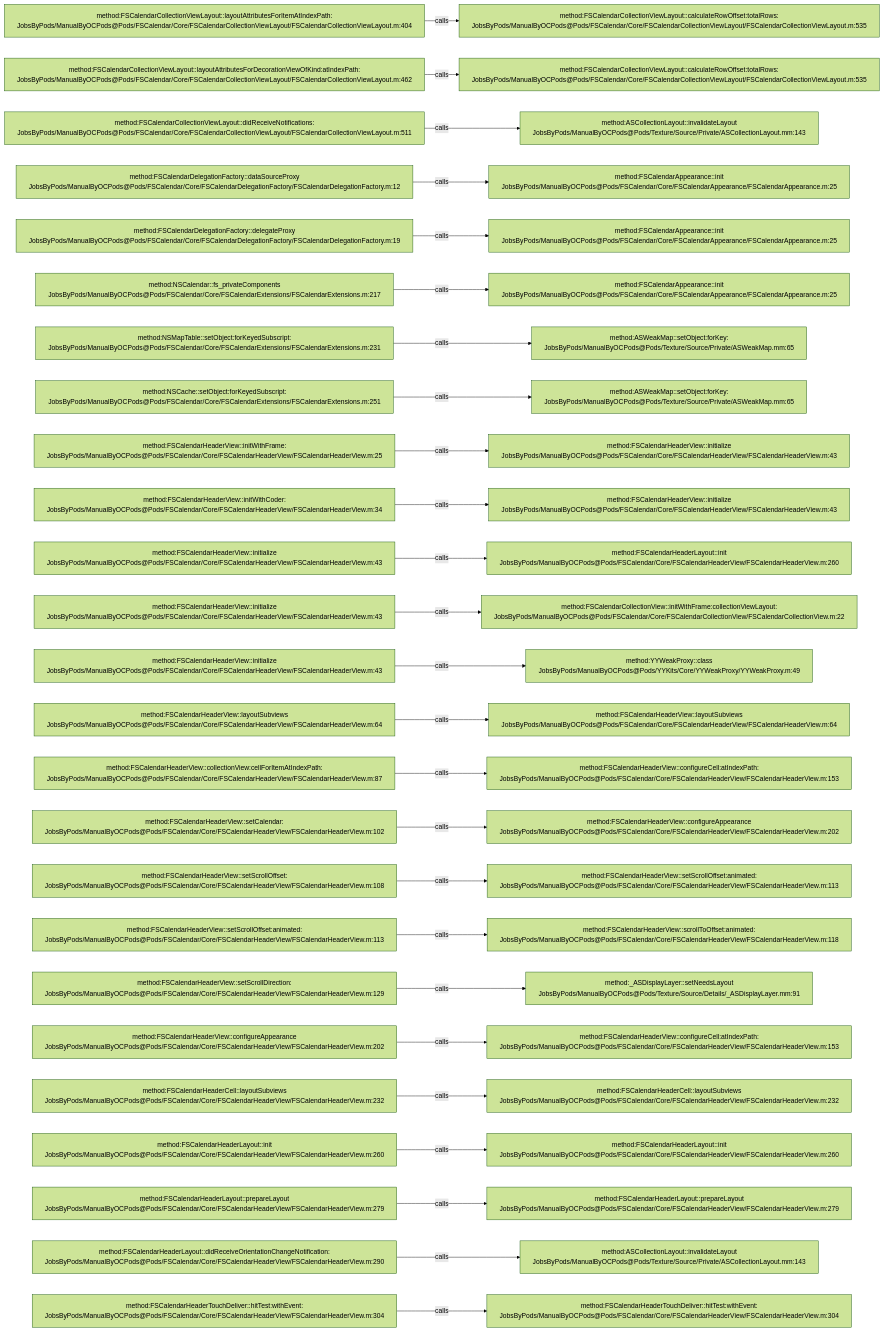
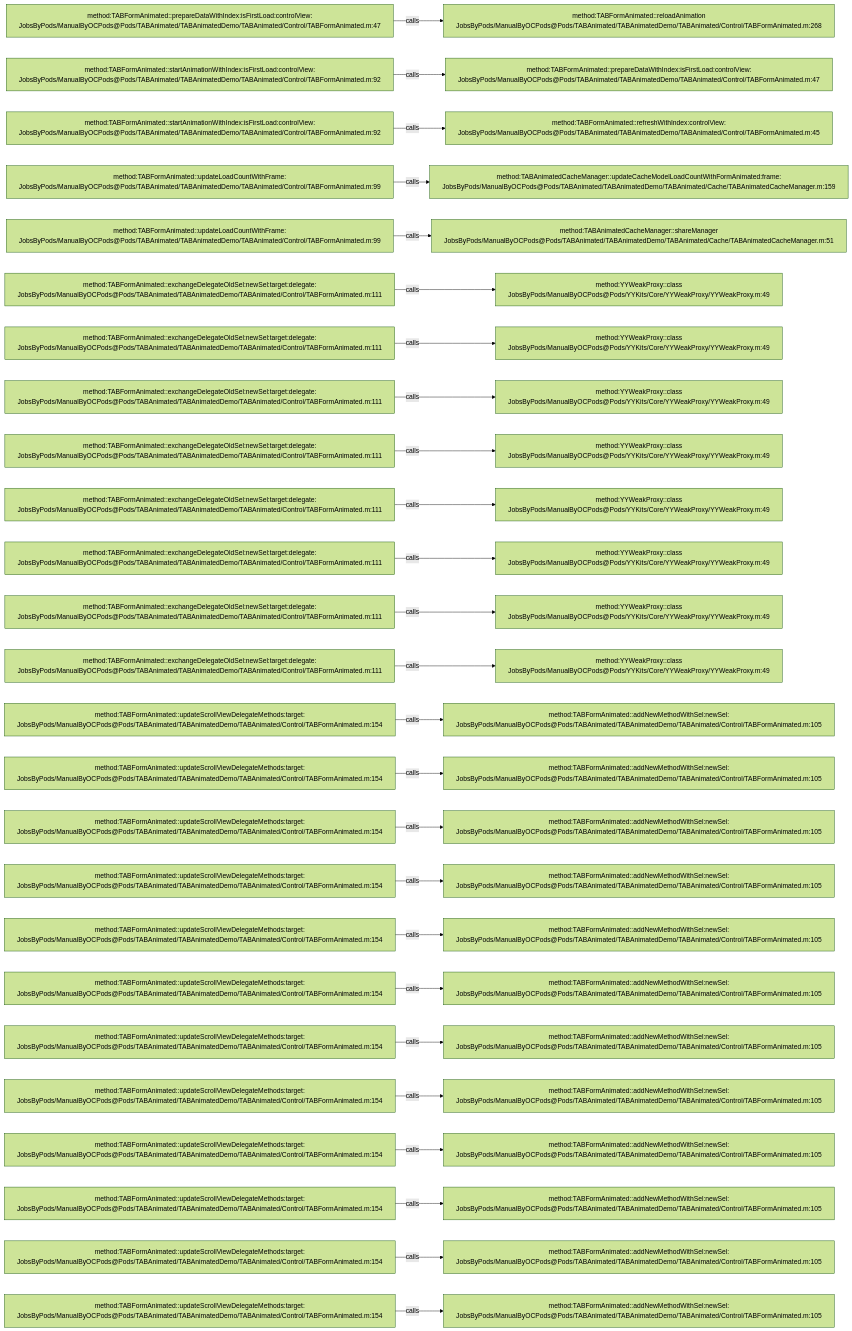
The diagram in .codegraph/codegraph.md/graphs/calls-026.md (JobsKits/JobsOCBaseConfigDemo), drawn with Mermaid (forest theme) before and after one commit. The commit also changed 1223 other files, not shown here.

````diff
--- a/.codegraph/codegraph.md/graphs/calls-026.md
+++ b/.codegraph/codegraph.md/graphs/calls-026.md
@@ -13,78 +13,78 @@
 ```mermaid
 flowchart LR
-  S1["method:FSCalendarCollectionViewLayout::layoutAttributesForItemAtIndexPath:<br/>JobsByPods/ManualByOCPods@Pods/FSCalendar/Core/FSCalendarCollectionViewLayout/FSCalendarCollectionViewLayout.m:404"]
-  T1["method:FSCalendarCollectionViewLayout::calculateRowOffset:totalRows:<br/>JobsByPods/ManualByOCPods@Pods/FSCalendar/Core/FSCalendarCollectionViewLayout/FSCalendarCollectionViewLayout.m:535"]
+  S1["method:TABFormAnimated::prepareDataWithIndex:isFirstLoad:controlView:<br/>JobsByPods/ManualByOCPods@Pods/TABAnimated/TABAnimatedDemo/TABAnimated/Control/TABFormAnimated.m:47"]
+  T1["method:TABFormAnimated::reloadAnimation<br/>JobsByPods/ManualByOCPods@Pods/TABAnimated/TABAnimatedDemo/TABAnimated/Control/TABFormAnimated.m:268"]
   S1 -->|calls| T1
-  S2["method:FSCalendarCollectionViewLayout::layoutAttributesForDecorationViewOfKind:atIndexPath:<br/>JobsByPods/ManualByOCPods@Pods/FSCalendar/Core/FSCalendarCollectionViewLayout/FSCalendarCollectionViewLayout.m:462"]
-  T2["method:FSCalendarCollectionViewLayout::calculateRowOffset:totalRows:<br/>JobsByPods/ManualByOCPods@Pods/FSCalendar/Core/FSCalendarCollectionViewLayout/FSCalendarCollectionViewLayout.m:535"]
+  S2["method:TABFormAnimated::startAnimationWithIndex:isFirstLoad:controlView:<br/>JobsByPods/ManualByOCPods@Pods/TABAnimated/TABAnimatedDemo/TABAnimated/Control/TABFormAnimated.m:92"]
+  T2["method:TABFormAnimated::prepareDataWithIndex:isFirstLoad:controlView:<br/>JobsByPods/ManualByOCPods@Pods/TABAnimated/TABAnimatedDemo/TABAnimated/Control/TABFormAnimated.m:47"]
   S2 -->|calls| T2
-  S3["method:FSCalendarCollectionViewLayout::didReceiveNotifications:<br/>JobsByPods/ManualByOCPods@Pods/FSCalendar/Core/FSCalendarCollectionViewLayout/FSCalendarCollectionViewLayout.m:511"]
-  T3["method:ASCollectionLayout::invalidateLayout<br/>JobsByPods/ManualByOCPods@Pods/Texture/Source/Private/ASCollectionLayout.mm:143"]
+  S3["method:TABFormAnimated::startAnimationWithIndex:isFirstLoad:controlView:<br/>JobsByPods/ManualByOCPods@Pods/TABAnimated/TABAnimatedDemo/TABAnimated/Control/TABFormAnimated.m:92"]
+  T3["method:TABFormAnimated::refreshWithIndex:controlView:<br/>JobsByPods/ManualByOCPods@Pods/TABAnimated/TABAnimatedDemo/TABAnimated/Control/TABFormAnimated.m:45"]
   S3 -->|calls| T3
-  S4["method:FSCalendarDelegationFactory::dataSourceProxy<br/>JobsByPods/ManualByOCPods@Pods/FSCalendar/Core/FSCalendarDelegationFactory/FSCalendarDelegationFactory.m:12"]
-  T4["method:FSCalendarAppearance::init<br/>JobsByPods/ManualByOCPods@Pods/FSCalendar/Core/FSCalendarAppearance/FSCalendarAppearance.m:25"]
+  S4["method:TABFormAnimated::updateLoadCountWithFrame:<br/>JobsByPods/ManualByOCPods@Pods/TABAnimated/TABAnimatedDemo/TABAnimated/Control/TABFormAnimated.m:99"]
+  T4["method:TABAnimatedCacheManager::updateCacheModelLoadCountWithFormAnimated:frame:<br/>JobsByPods/ManualByOCPods@Pods/TABAnimated/TABAnimatedDemo/TABAnimated/Cache/TABAnimatedCacheManager.m:159"]
   S4 -->|calls| T4
-  S5["method:FSCalendarDelegationFactory::delegateProxy<br/>JobsByPods/ManualByOCPods@Pods/FSCalendar/Core/FSCalendarDelegationFactory/FSCalendarDelegationFactory.m:19"]
-  T5["method:FSCalendarAppearance::init<br/>JobsByPods/ManualByOCPods@Pods/FSCalendar/Core/FSCalendarAppearance/FSCalendarAppearance.m:25"]
+  S5["method:TABFormAnimated::updateLoadCountWithFrame:<br/>JobsByPods/ManualByOCPods@Pods/TABAnimated/TABAnimatedDemo/TABAnimated/Control/TABFormAnimated.m:99"]
+  T5["method:TABAnimatedCacheManager::shareManager<br/>JobsByPods/ManualByOCPods@Pods/TABAnimated/TABAnimatedDemo/TABAnimated/Cache/TABAnimatedCacheManager.m:51"]
   S5 -->|calls| T5
-  S6["method:NSCalendar::fs_privateComponents<br/>JobsByPods/ManualByOCPods@Pods/FSCalendar/Core/FSCalendarExtensions/FSCalendarExtensions.m:217"]
-  T6["method:FSCalendarAppearance::init<br/>JobsByPods/ManualByOCPods@Pods/FSCalendar/Core/FSCalendarAppearance/FSCalendarAppearance.m:25"]
+  S6["method:TABFormAnimated::exchangeDelegateOldSel:newSel:target:delegate:<br/>JobsByPods/ManualByOCPods@Pods/TABAnimated/TABAnimatedDemo/TABAnimated/Control/TABFormAnimated.m:111"]
+  T6["method:YYWeakProxy::class<br/>JobsByPods/ManualByOCPods@Pods/YYKits/Core/YYWeakProxy/YYWeakProxy.m:49"]
   S6 -->|calls| T6
-  S7["method:NSMapTable::setObject:forKeyedSubscript:<br/>JobsByPods/ManualByOCPods@Pods/FSCalendar/Core/FSCalendarExtensions/FSCalendarExtensions.m:231"]
-  T7["method:ASWeakMap::setObject:forKey:<br/>JobsByPods/ManualByOCPods@Pods/Texture/Source/Private/ASWeakMap.mm:65"]
+  S7["method:TABFormAnimated::exchangeDelegateOldSel:newSel:target:delegate:<br/>JobsByPods/ManualByOCPods@Pods/TABAnimated/TABAnimatedDemo/TABAnimated/Control/TABFormAnimated.m:111"]
+  T7["method:YYWeakProxy::class<br/>JobsByPods/ManualByOCPods@Pods/YYKits/Core/YYWeakProxy/YYWeakProxy.m:49"]
   S7 -->|calls| T7
-  S8["method:NSCache::setObject:forKeyedSubscript:<br/>JobsByPods/ManualByOCPods@Pods/FSCalendar/Core/FSCalendarExtensions/FSCalendarExtensions.m:251"]
-  T8["method:ASWeakMap::setObject:forKey:<br/>JobsByPods/ManualByOCPods@Pods/Texture/Source/Private/ASWeakMap.mm:65"]
+  S8["method:TABFormAnimated::exchangeDelegateOldSel:newSel:target:delegate:<br/>JobsByPods/ManualByOCPods@Pods/TABAnimated/TABAnimatedDemo/TABAnimated/Control/TABFormAnimated.m:111"]
+  T8["method:YYWeakProxy::class<br/>JobsByPods/ManualByOCPods@Pods/YYKits/Core/YYWeakProxy/YYWeakProxy.m:49"]
   S8 -->|calls| T8
-  S9["method:FSCalendarHeaderView::initWithFrame:<br/>JobsByPods/ManualByOCPods@Pods/FSCalendar/Core/FSCalendarHeaderView/FSCalendarHeaderView.m:25"]
-  T9["method:FSCalendarHeaderView::initialize<br/>JobsByPods/ManualByOCPods@Pods/FSCalendar/Core/FSCalendarHeaderView/FSCalendarHeaderView.m:43"]
+  S9["method:TABFormAnimated::exchangeDelegateOldSel:newSel:target:delegate:<br/>JobsByPods/ManualByOCPods@Pods/TABAnimated/TABAnimatedDemo/TABAnimated/Control/TABFormAnimated.m:111"]
+  T9["method:YYWeakProxy::class<br/>JobsByPods/ManualByOCPods@Pods/YYKits/Core/YYWeakProxy/YYWeakProxy.m:49"]
   S9 -->|calls| T9
-  S10["method:FSCalendarHeaderView::initWithCoder:<br/>JobsByPods/ManualByOCPods@Pods/FSCalendar/Core/FSCalendarHeaderView/FSCalendarHeaderView.m:34"]
-  T10["method:FSCalendarHeaderView::initialize<br/>JobsByPods/ManualByOCPods@Pods/FSCalendar/Core/FSCalendarHeaderView/FSCalendarHeaderView.m:43"]
+  S10["method:TABFormAnimated::exchangeDelegateOldSel:newSel:target:delegate:<br/>JobsByPods/ManualByOCPods@Pods/TABAnimated/TABAnimatedDemo/TABAnimated/Control/TABFormAnimated.m:111"]
+  T10["method:YYWeakProxy::class<br/>JobsByPods/ManualByOCPods@Pods/YYKits/Core/YYWeakProxy/YYWeakProxy.m:49"]
   S10 -->|calls| T10
-  S11["method:FSCalendarHeaderView::initialize<br/>JobsByPods/ManualByOCPods@Pods/FSCalendar/Core/FSCalendarHeaderView/FSCalendarHeaderView.m:43"]
-  T11["method:FSCalendarHeaderLayout::init<br/>JobsByPods/ManualByOCPods@Pods/FSCalendar/Core/FSCalendarHeaderView/FSCalendarHeaderView.m:260"]
+  S11["method:TABFormAnimated::exchangeDelegateOldSel:newSel:target:delegate:<br/>JobsByPods/ManualByOCPods@Pods/TABAnimated/TABAnimatedDemo/TABAnimated/Control/TABFormAnimated.m:111"]
+  T11["method:YYWeakProxy::class<br/>JobsByPods/ManualByOCPods@Pods/YYKits/Core/YYWeakProxy/YYWeakProxy.m:49"]
   S11 -->|calls| T11
-  S12["method:FSCalendarHeaderView::initialize<br/>JobsByPods/ManualByOCPods@Pods/FSCalendar/Core/FSCalendarHeaderView/FSCalendarHeaderView.m:43"]
-  T12["method:FSCalendarCollectionView::initWithFrame:collectionViewLayout:<br/>JobsByPods/ManualByOCPods@Pods/FSCalendar/Core/FSCalendarCollectionView/FSCalendarCollectionView.m:22"]
+  S12["method:TABFormAnimated::exchangeDelegateOldSel:newSel:target:delegate:<br/>JobsByPods/ManualByOCPods@Pods/TABAnimated/TABAnimatedDemo/TABAnimated/Control/TABFormAnimated.m:111"]
+  T12["method:YYWeakProxy::class<br/>JobsByPods/ManualByOCPods@Pods/YYKits/Core/YYWeakProxy/YYWeakProxy.m:49"]
   S12 -->|calls| T12
-  S13["method:FSCalendarHeaderView::initialize<br/>JobsByPods/ManualByOCPods@Pods/FSCalendar/Core/FSCalendarHeaderView/FSCalendarHeaderView.m:43"]
+  S13["method:TABFormAnimated::exchangeDelegateOldSel:newSel:target:delegate:<br/>JobsByPods/ManualByOCPods@Pods/TABAnimated/TABAnimatedDemo/TABAnimated/Control/TABFormAnimated.m:111"]
   T13["method:YYWeakProxy::class<br/>JobsByPods/ManualByOCPods@Pods/YYKits/Core/YYWeakProxy/YYWeakProxy.m:49"]
   S13 -->|calls| T13
-  S14["method:FSCalendarHeaderView::layoutSubviews<br/>JobsByPods/ManualByOCPods@Pods/FSCalendar/Core/FSCalendarHeaderView/FSCalendarHeaderView.m:64"]
-  T14["method:FSCalendarHeaderView::layoutSubviews<br/>JobsByPods/ManualByOCPods@Pods/FSCalendar/Core/FSCalendarHeaderView/FSCalendarHeaderView.m:64"]
+  S14["method:TABFormAnimated::updateScrollViewDelegateMethods:target:<br/>JobsByPods/ManualByOCPods@Pods/TABAnimated/TABAnimatedDemo/TABAnimated/Control/TABFormAnimated.m:154"]
+  T14["method:TABFormAnimated::addNewMethodWithSel:newSel:<br/>JobsByPods/ManualByOCPods@Pods/TABAnimated/TABAnimatedDemo/TABAnimated/Control/TABFormAnimated.m:105"]
   S14 -->|calls| T14
-  S15["method:FSCalendarHeaderView::collectionView:cellForItemAtIndexPath:<br/>JobsByPods/ManualByOCPods@Pods/FSCalendar/Core/FSCalendarHeaderView/FSCalendarHeaderView.m:87"]
-  T15["method:FSCalendarHeaderView::configureCell:atIndexPath:<br/>JobsByPods/ManualByOCPods@Pods/FSCalendar/Core/FSCalendarHeaderView/FSCalendarHeaderView.m:153"]
+  S15["method:TABFormAnimated::updateScrollViewDelegateMethods:target:<br/>JobsByPods/ManualByOCPods@Pods/TABAnimated/TABAnimatedDemo/TABAnimated/Control/TABFormAnimated.m:154"]
+  T15["method:TABFormAnimated::addNewMethodWithSel:newSel:<br/>JobsByPods/ManualByOCPods@Pods/TABAnimated/TABAnimatedDemo/TABAnimated/Control/TABFormAnimated.m:105"]
   S15 -->|calls| T15
-  S16["method:FSCalendarHeaderView::setCalendar:<br/>JobsByPods/ManualByOCPods@Pods/FSCalendar/Core/FSCalendarHeaderView/FSCalendarHeaderView.m:102"]
-  T16["method:FSCalendarHeaderView::configureAppearance<br/>JobsByPods/ManualByOCPods@Pods/FSCalendar/Core/FSCalendarHeaderView/FSCalendarHeaderView.m:202"]
+  S16["method:TABFormAnimated::updateScrollViewDelegateMethods:target:<br/>JobsByPods/ManualByOCPods@Pods/TABAnimated/TABAnimatedDemo/TABAnimated/Control/TABFormAnimated.m:154"]
+  T16["method:TABFormAnimated::addNewMethodWithSel:newSel:<br/>JobsByPods/ManualByOCPods@Pods/TABAnimated/TABAnimatedDemo/TABAnimated/Control/TABFormAnimated.m:105"]
   S16 -->|calls| T16
-  S17["method:FSCalendarHeaderView::setScrollOffset:<br/>JobsByPods/ManualByOCPods@Pods/FSCalendar/Core/FSCalendarHeaderView/FSCalendarHeaderView.m:108"]
-  T17["method:FSCalendarHeaderView::setScrollOffset:animated:<br/>JobsByPods/ManualByOCPods@Pods/FSCalendar/Core/FSCalendarHeaderView/FSCalendarHeaderView.m:113"]
+  S17["method:TABFormAnimated::updateScrollViewDelegateMethods:target:<br/>JobsByPods/ManualByOCPods@Pods/TABAnimated/TABAnimatedDemo/TABAnimated/Control/TABFormAnimated.m:154"]
+  T17["method:TABFormAnimated::addNewMethodWithSel:newSel:<br/>JobsByPods/ManualByOCPods@Pods/TABAnimated/TABAnimatedDemo/TABAnimated/Control/TABFormAnimated.m:105"]
   S17 -->|calls| T17
-  S18["method:FSCalendarHeaderView::setScrollOffset:animated:<br/>JobsByPods/ManualByOCPods@Pods/FSCalendar/Core/FSCalendarHeaderView/FSCalendarHeaderView.m:113"]
-  T18["method:FSCalendarHeaderView::scrollToOffset:animated:<br/>JobsByPods/ManualByOCPods@Pods/FSCalendar/Core/FSCalendarHeaderView/FSCalendarHeaderView.m:118"]
+  S18["method:TABFormAnimated::updateScrollViewDelegateMethods:target:<br/>JobsByPods/ManualByOCPods@Pods/TABAnimated/TABAnimatedDemo/TABAnimated/Control/TABFormAnimated.m:154"]
+  T18["method:TABFormAnimated::addNewMethodWithSel:newSel:<br/>JobsByPods/ManualByOCPods@Pods/TABAnimated/TABAnimatedDemo/TABAnimated/Control/TABFormAnimated.m:105"]
   S18 -->|calls| T18
-  S19["method:FSCalendarHeaderView::setScrollDirection:<br/>JobsByPods/ManualByOCPods@Pods/FSCalendar/Core/FSCalendarHeaderView/FSCalendarHeaderView.m:129"]
-  T19["method:_ASDisplayLayer::setNeedsLayout<br/>JobsByPods/ManualByOCPods@Pods/Texture/Source/Details/_ASDisplayLayer.mm:91"]
+  S19["method:TABFormAnimated::updateScrollViewDelegateMethods:target:<br/>JobsByPods/ManualByOCPods@Pods/TABAnimated/TABAnimatedDemo/TABAnimated/Control/TABFormAnimated.m:154"]
+  T19["method:TABFormAnimated::addNewMethodWithSel:newSel:<br/>JobsByPods/ManualByOCPods@Pods/TABAnimated/TABAnimatedDemo/TABAnimated/Control/TABFormAnimated.m:105"]
   S19 -->|calls| T19
-  S20["method:FSCalendarHeaderView::configureAppearance<br/>JobsByPods/ManualByOCPods@Pods/FSCalendar/Core/FSCalendarHeaderView/FSCalendarHeaderView.m:202"]
-  T20["method:FSCalendarHeaderView::configureCell:atIndexPath:<br/>JobsByPods/ManualByOCPods@Pods/FSCalendar/Core/FSCalendarHeaderView/FSCalendarHeaderView.m:153"]
+  S20["method:TABFormAnimated::updateScrollViewDelegateMethods:target:<br/>JobsByPods/ManualByOCPods@Pods/TABAnimated/TABAnimatedDemo/TABAnimated/Control/TABFormAnimated.m:154"]
+  T20["method:TABFormAnimated::addNewMethodWithSel:newSel:<br/>JobsByPods/ManualByOCPods@Pods/TABAnimated/TABAnimatedDemo/TABAnimated/Control/TABFormAnimated.m:105"]
   S20 -->|calls| T20
-  S21["method:FSCalendarHeaderCell::layoutSubviews<br/>JobsByPods/ManualByOCPods@Pods/FSCalendar/Core/FSCalendarHeaderView/FSCalendarHeaderView.m:232"]
-  T21["method:FSCalendarHeaderCell::layoutSubviews<br/>JobsByPods/ManualByOCPods@Pods/FSCalendar/Core/FSCalendarHeaderView/FSCalendarHeaderView.m:232"]
+  S21["method:TABFormAnimated::updateScrollViewDelegateMethods:target:<br/>JobsByPods/ManualByOCPods@Pods/TABAnimated/TABAnimatedDemo/TABAnimated/Control/TABFormAnimated.m:154"]
+  T21["method:TABFormAnimated::addNewMethodWithSel:newSel:<br/>JobsByPods/ManualByOCPods@Pods/TABAnimated/TABAnimatedDemo/TABAnimated/Control/TABFormAnimated.m:105"]
   S21 -->|calls| T21
-  S22["method:FSCalendarHeaderLayout::init<br/>JobsByPods/ManualByOCPods@Pods/FSCalendar/Core/FSCalendarHeaderView/FSCalendarHeaderView.m:260"]
-  T22["method:FSCalendarHeaderLayout::init<br/>JobsByPods/ManualByOCPods@Pods/FSCalendar/Core/FSCalendarHeaderView/FSCalendarHeaderView.m:260"]
+  S22["method:TABFormAnimated::updateScrollViewDelegateMethods:target:<br/>JobsByPods/ManualByOCPods@Pods/TABAnimated/TABAnimatedDemo/TABAnimated/Control/TABFormAnimated.m:154"]
+  T22["method:TABFormAnimated::addNewMethodWithSel:newSel:<br/>JobsByPods/ManualByOCPods@Pods/TABAnimated/TABAnimatedDemo/TABAnimated/Control/TABFormAnimated.m:105"]
   S22 -->|calls| T22
-  S23["method:FSCalendarHeaderLayout::prepareLayout<br/>JobsByPods/ManualByOCPods@Pods/FSCalendar/Core/FSCalendarHeaderView/FSCalendarHeaderView.m:279"]
-  T23["method:FSCalendarHeaderLayout::prepareLayout<br/>JobsByPods/ManualByOCPods@Pods/FSCalendar/Core/FSCalendarHeaderView/FSCalendarHeaderView.m:279"]
+  S23["method:TABFormAnimated::updateScrollViewDelegateMethods:target:<br/>JobsByPods/ManualByOCPods@Pods/TABAnimated/TABAnimatedDemo/TABAnimated/Control/TABFormAnimated.m:154"]
+  T23["method:TABFormAnimated::addNewMethodWithSel:newSel:<br/>JobsByPods/ManualByOCPods@Pods/TABAnimated/TABAnimatedDemo/TABAnimated/Control/TABFormAnimated.m:105"]
   S23 -->|calls| T23
-  S24["method:FSCalendarHeaderLayout::didReceiveOrientationChangeNotification:<br/>JobsByPods/ManualByOCPods@Pods/FSCalendar/Core/FSCalendarHeaderView/FSCalendarHeaderView.m:290"]
-  T24["method:ASCollectionLayout::invalidateLayout<br/>JobsByPods/ManualByOCPods@Pods/Texture/Source/Private/ASCollectionLayout.mm:143"]
+  S24["method:TABFormAnimated::updateScrollViewDelegateMethods:target:<br/>JobsByPods/ManualByOCPods@Pods/TABAnimated/TABAnimatedDemo/TABAnimated/Control/TABFormAnimated.m:154"]
+  T24["method:TABFormAnimated::addNewMethodWithSel:newSel:<br/>JobsByPods/ManualByOCPods@Pods/TABAnimated/TABAnimatedDemo/TABAnimated/Control/TABFormAnimated.m:105"]
   S24 -->|calls| T24
-  S25["method:FSCalendarHeaderTouchDeliver::hitTest:withEvent:<br/>JobsByPods/ManualByOCPods@Pods/FSCalendar/Core/FSCalendarHeaderView/FSCalendarHeaderView.m:304"]
-  T25["method:FSCalendarHeaderTouchDeliver::hitTest:withEvent:<br/>JobsByPods/ManualByOCPods@Pods/FSCalendar/Core/FSCalendarHeaderView/FSCalendarHeaderView.m:304"]
+  S25["method:TABFormAnimated::updateScrollViewDelegateMethods:target:<br/>JobsByPods/ManualByOCPods@Pods/TABAnimated/TABAnimatedDemo/TABAnimated/Control/TABFormAnimated.m:154"]
+  T25["method:TABFormAnimated::addNewMethodWithSel:newSel:<br/>JobsByPods/ManualByOCPods@Pods/TABAnimated/TABAnimatedDemo/TABAnimated/Control/TABFormAnimated.m:105"]
   S25 -->|calls| T25
 ```
````
